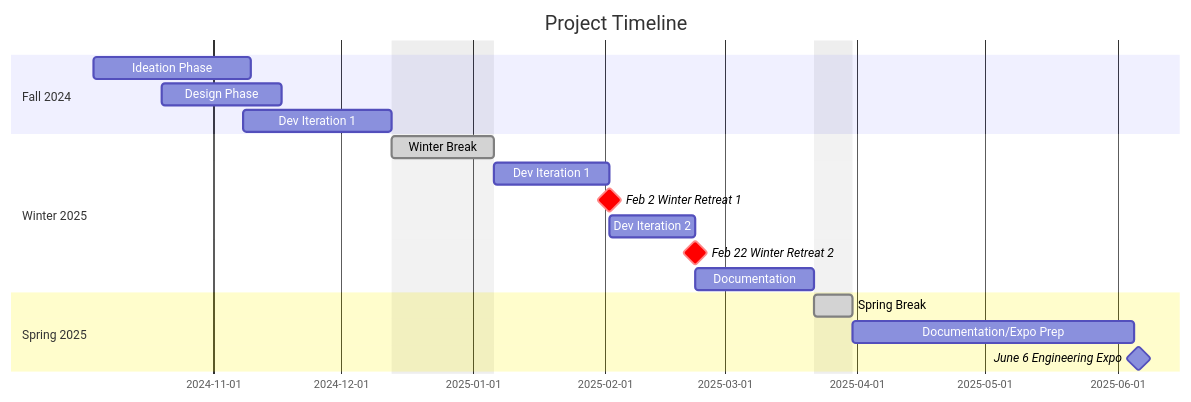
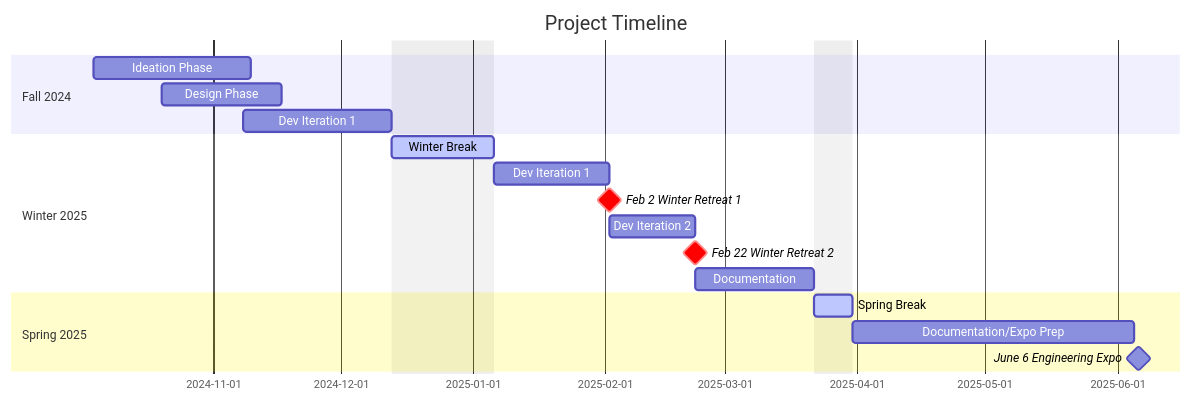
The diagram in README.md (zieglben/humanrobotretreat), drawn with Mermaid before and after one commit.

````diff
--- a/README.md
+++ b/README.md
@@ -64,24 +64,26 @@
 ```mermaid
     gantt
     dateFormat  YYYY-MM-DD
     title Project Timeline
     excludes 2024-12-13, 2024-12-14, 2024-12-15, 2024-12-16, 2024-12-17, 2024-12-18, 2024-12-19, 2024-12-20, 2024-12-21, 2024-12-22, 2024-12-23, 2024-12-24, 2024-12-25, 2024-12-26, 2024-12-27, 2024-12-28, 2024-12-29, 2024-12-30, 2024-12-31, 2025-01-01, 2025-01-02, 2025-01-03, 2025-01-04, 2025-01-05, 2025-03-22, 2025-03-23, 2025-03-24, 2025-03-25, 2025-03-26, 2025-03-27, 2025-03-28, 2025-03-29, 2025-03-30
+
+    todaymarker off
 
     section Fall 2024
     Ideation Phase           :ideate, 2024-10-4, 2024-11-10
     Design Phase             :design, 2024-10-20, 2024-11-17
     Dev Iteration 1          :dev1, 2024-11-8, 2024-12-13
 
     section Winter 2025
-    Winter Break             :done, break, 2024-12-13, 2025-01-06
+    Winter Break             :active, break, 2024-12-13, 2025-01-06
     Dev Iteration 1          :dev12, 2025-01-06, 2025-02-02
     Feb 2 Winter Retreat 1   :crit, milestone, retreat1, 2025-02-02, 0d
     Dev Iteration 2          :dev2, after retreat1, until retreat2
     Feb 22 Winter Retreat 2         :crit, milestone, retreat2, 2025-02-22, 0d
     Documentation            :docs0, after retreat2, 2025-03-22
 
     section Spring 2025
-    Spring Break             :done, break2, 2025-03-22, 2025-03-31
+    Spring Break             :active, break2, 2025-03-22, 2025-03-31
     Documentation/Expo Prep  :docs, 2025-03-31, 2025-06-05
     June 6 Engineering Expo    :milestone, expo, 2025-06-06, 0d
 ```
````
